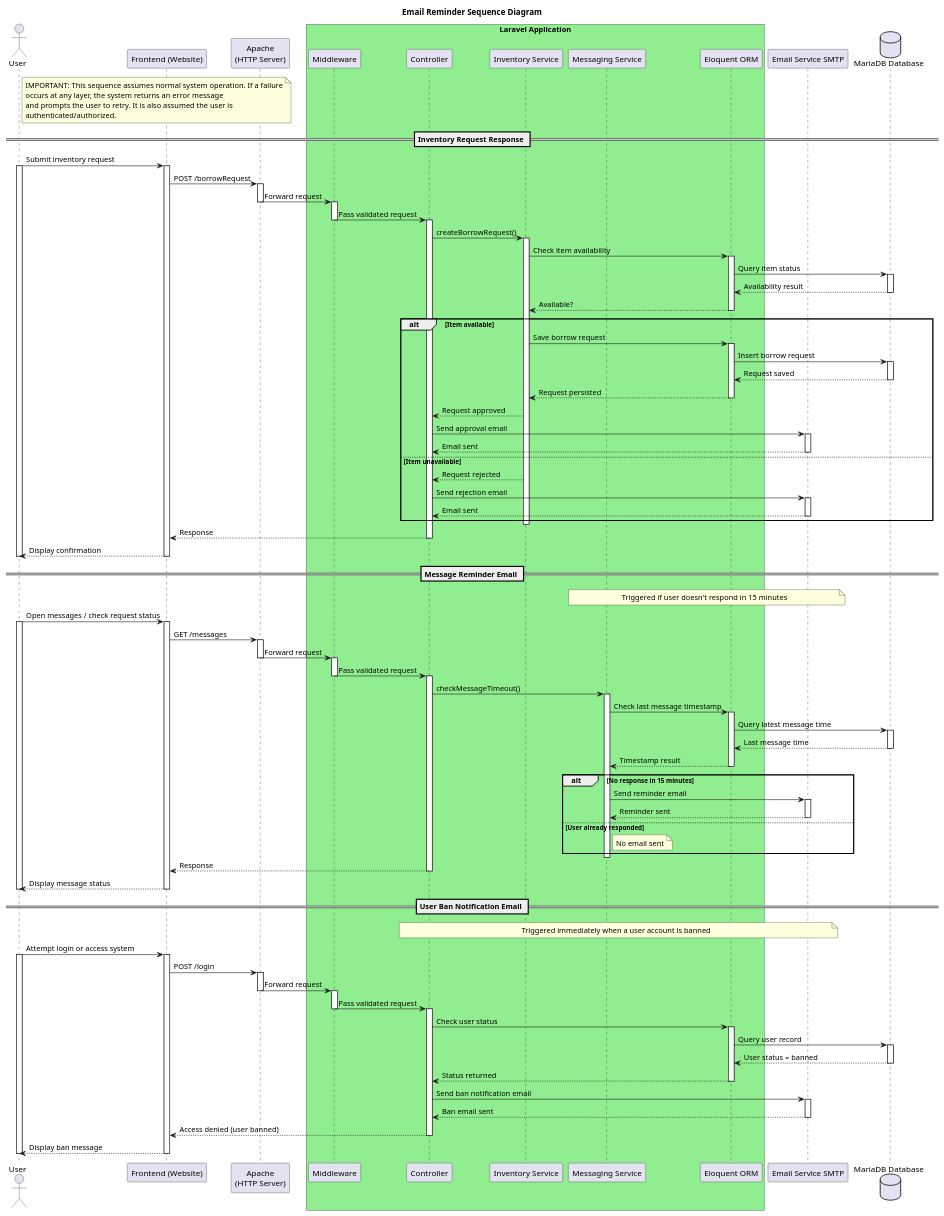
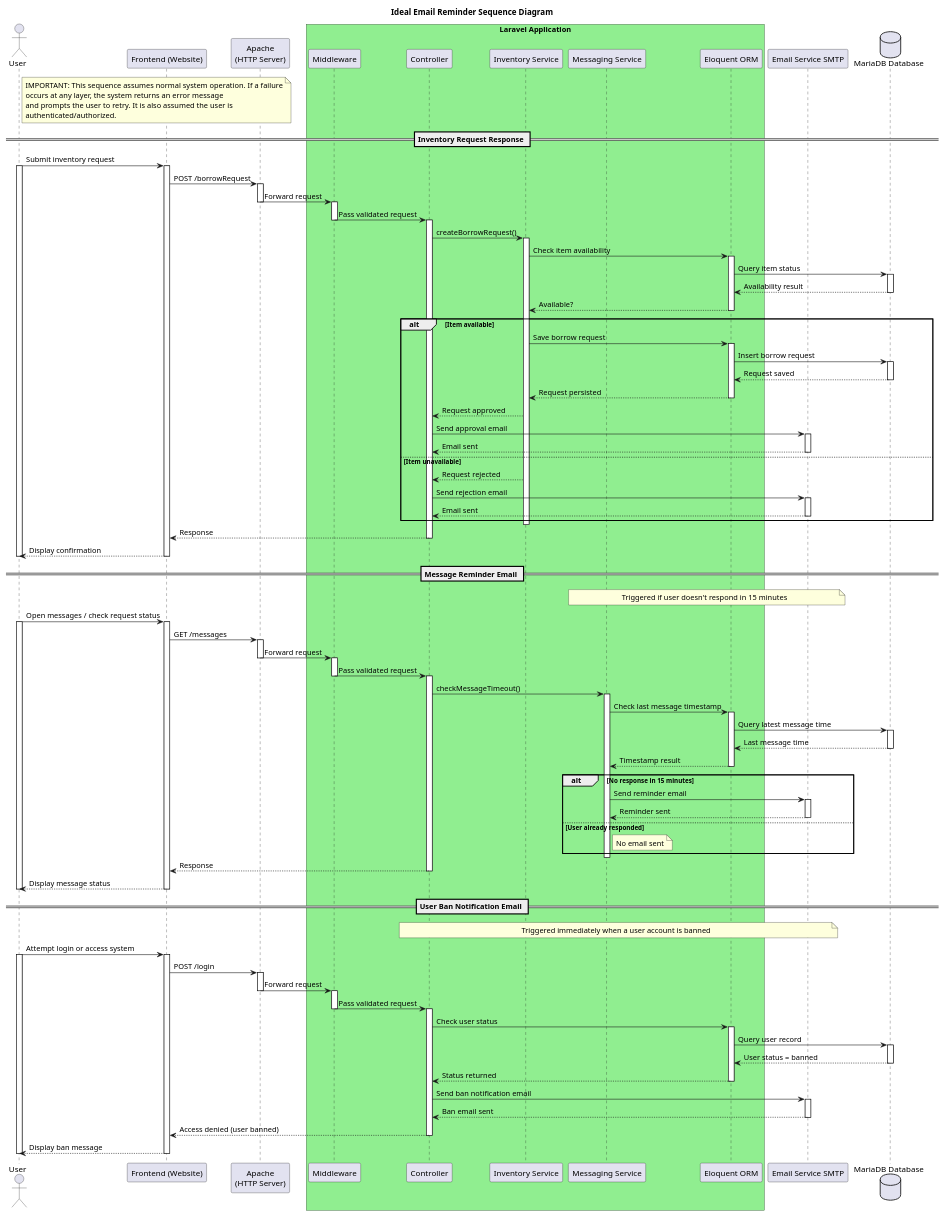
One commit to JanPerez35/PlantUML changed the diagram in sequenceDiagrams/Email_Notification_Report_Sequence_Diagram.puml. Above: the diagram before and after it, drawn with PlantUML. The commit also changed 19 other files, not shown here.

Commit message:
Sequence updated naming

```diff
--- a/sequenceDiagrams/Email_Notification_Report_Sequence_Diagram.puml
+++ b/sequenceDiagrams/Email_Notification_Report_Sequence_Diagram.puml
@@ -1,175 +1,175 @@
 @startuml
 
-title Email Reminder Sequence Diagram
+title Ideal Email Reminder Sequence Diagram
 
 actor User
 
 participant "Frontend (Website)" as FE
 participant "Apache\n(HTTP Server)" as Apache
 
 box "Laravel Application" #LightGreen
   participant "Middleware" as MW
   participant "Controller" as C
   participant "Inventory Service" as Service
   participant "Messaging Service" as MessageService
   participant "Eloquent ORM" as ORM
 end box
 
 participant "Email Service SMTP" as Email
 database "MariaDB Database" as DB
 
 note right of User
 IMPORTANT: This sequence assumes normal system operation. If a failure
 occurs at any layer, the system returns an error message
 and prompts the user to retry. It is also assumed the user is
 authenticated/authorized.
 end note
 
 
 == Inventory Request Response ==
 User -> FE: Submit inventory request
 activate User
 activate FE
 
 FE -> Apache: POST /borrowRequest
 activate Apache
 Apache -> MW: Forward request
 deactivate Apache
 
 activate MW
 MW -> C: Pass validated request
 deactivate MW
 
 activate C
 C -> Service: createBorrowRequest()
 activate Service
 
 Service -> ORM: Check item availability
 activate ORM
 ORM -> DB: Query item status
 activate DB
 DB --> ORM: Availability result
 deactivate DB
 ORM --> Service: Available?
 deactivate ORM
 
 alt Item available
     Service -> ORM: Save borrow request
     activate ORM
     ORM -> DB: Insert borrow request
     activate DB
     DB --> ORM: Request saved
     deactivate DB
     ORM --> Service: Request persisted
     deactivate ORM
 
     Service --> C: Request approved
     C -> Email: Send approval email
     activate Email
     Email --> C: Email sent
     deactivate Email
 
 else Item unavailable
     Service --> C: Request rejected
     C -> Email: Send rejection email
     activate Email
     Email --> C: Email sent
     deactivate Email
 end
 
 deactivate Service
 C --> FE: Response
 deactivate C
 
 FE --> User: Display confirmation
 deactivate FE
 deactivate User
 
 
 == Message Reminder Email ==
 note over MessageService,Email: Triggered if user doesn't respond in 15 minutes
 
 User -> FE: Open messages / check request status
 activate User
 activate FE
 
 FE -> Apache: GET /messages
 activate Apache
 Apache -> MW: Forward request
 deactivate Apache
 
 activate MW
 MW -> C: Pass validated request
 deactivate MW
 
 activate C
 C -> MessageService: checkMessageTimeout()
 activate MessageService
 
 MessageService -> ORM: Check last message timestamp
 activate ORM
 ORM -> DB: Query latest message time
 activate DB
 DB --> ORM: Last message time
 deactivate DB
 ORM --> MessageService: Timestamp result
 deactivate ORM
 
 alt No response in 15 minutes
     MessageService -> Email: Send reminder email
     activate Email
     Email --> MessageService: Reminder sent
     deactivate Email
 else User already responded
     note right of MessageService: No email sent
 end
 
 deactivate MessageService
 C --> FE: Response
 deactivate C
 
 FE --> User: Display message status
 deactivate FE
 deactivate User
 
 
 == User Ban Notification Email ==
 
 note over C,Email: Triggered immediately when a user account is banned
 
 User -> FE: Attempt login or access system
 activate User
 activate FE
 
 FE -> Apache: POST /login
 activate Apache
 Apache -> MW: Forward request
 deactivate Apache
 
 activate MW
 MW -> C: Pass validated request
 deactivate MW
 
 activate C
 C -> ORM: Check user status
 activate ORM
 ORM -> DB: Query user record
 activate DB
 DB --> ORM: User status = banned
 deactivate DB
 ORM --> C: Status returned
 deactivate ORM
 
 C -> Email: Send ban notification email
 activate Email
 Email --> C: Ban email sent
 deactivate Email
 
 C --> FE: Access denied (user banned)
 deactivate C
 
 FE --> User: Display ban message
 deactivate FE
 deactivate User
 
 @enduml
```
